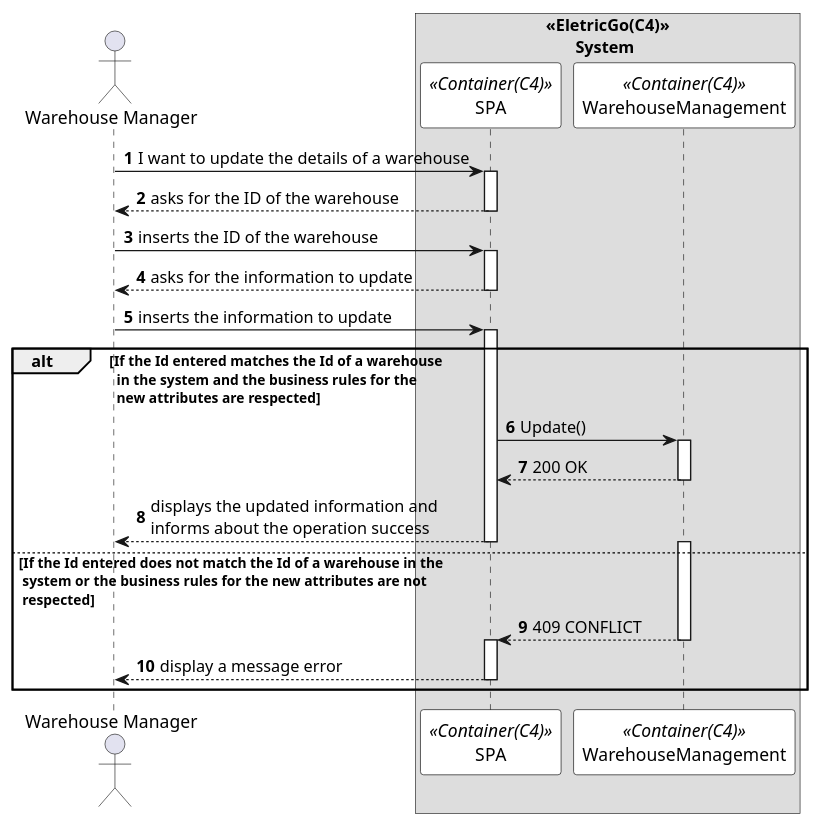
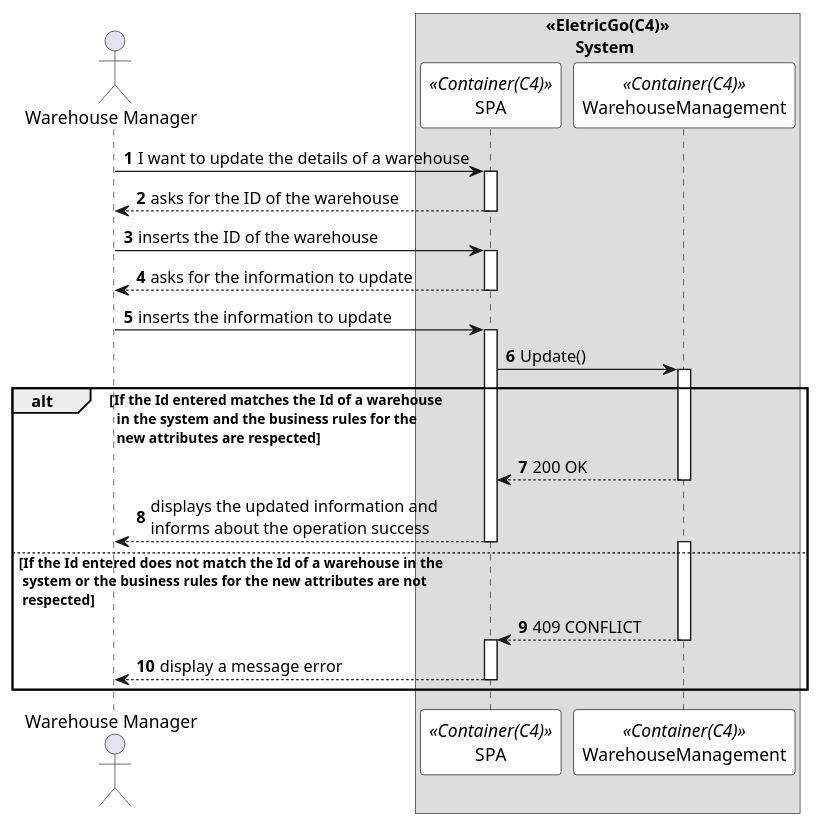
One commit to 0franciscor/dei_3dj_057 changed the diagram in Documents/1200720/.puml/updateWarehouseSD.puml. Above: the diagram before and after it, drawn with PlantUML. The commit also changed 4 other files, not shown here.

Commit message:
#36 - Diagrama de sequencia do caso de uso de ler informação sobre um armazém

```diff
--- a/Documents/1200720/.puml/updateWarehouseSD.puml
+++ b/Documents/1200720/.puml/updateWarehouseSD.puml
@@ -1,55 +1,56 @@
 @startuml 
 autonumber
 
 skinparam sequence {
 ParticipantBorderColor black
 ParticipantBackgroundColor white
 }
 
 actor "Warehouse Manager" as admin
 box "<<EletricGo(C4)>>\n       System"
 participant SPA as system <<Container(C4)>>
 participant WarehouseManagement as  WM <<Container(C4)>>
 end box
 
 admin -> system: I want to update the details of a warehouse
 activate system
 
 system --> admin: asks for the ID of the warehouse
 deactivate system
 
 admin -> system: inserts the ID of the warehouse
 activate system
 
 system --> admin: asks for the information to update
 deactivate system
 
 admin -> system: inserts the information to update
 activate system
 
-alt If the Id entered matches the Id of a warehouse\n  in the system and the business rules for the\n  new attributes are respected
 system -> WM : Update()
 activate WM
+alt If the Id entered matches the Id of a warehouse\n  in the system and the business rules for the\n  new attributes are respected
+
 
 WM --> system : 200 OK 
 deactivate WM
 
 system --> admin: displays the updated information and \ninforms about the operation success
 deactivate system
 
 else If the Id entered does not match the Id of a warehouse in the\n system or the business rules for the new attributes are not\n respected
 
 activate WM
 WM --> system : 409 CONFLICT
 deactivate WM
 
 activate system
 system --> admin : display a message error
 deactivate system
 end 
 
 
 deactivate system
 deactivate admin
 
 @enduml
```
